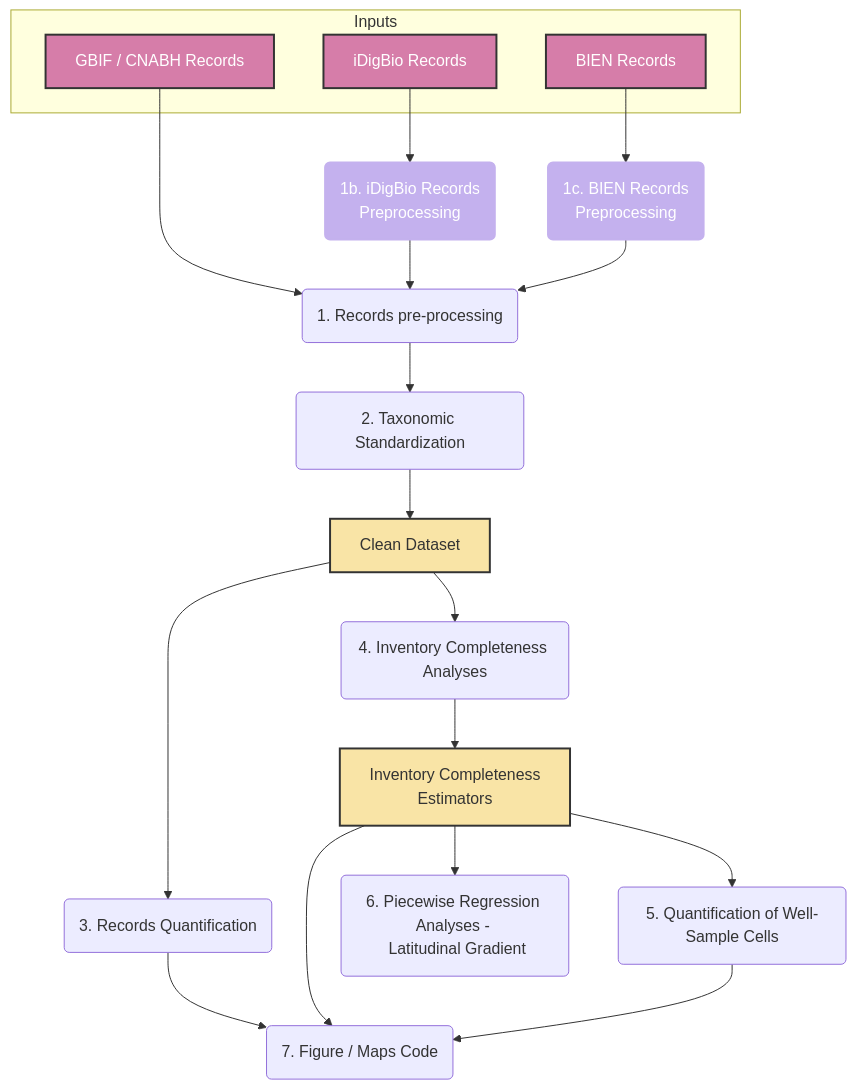
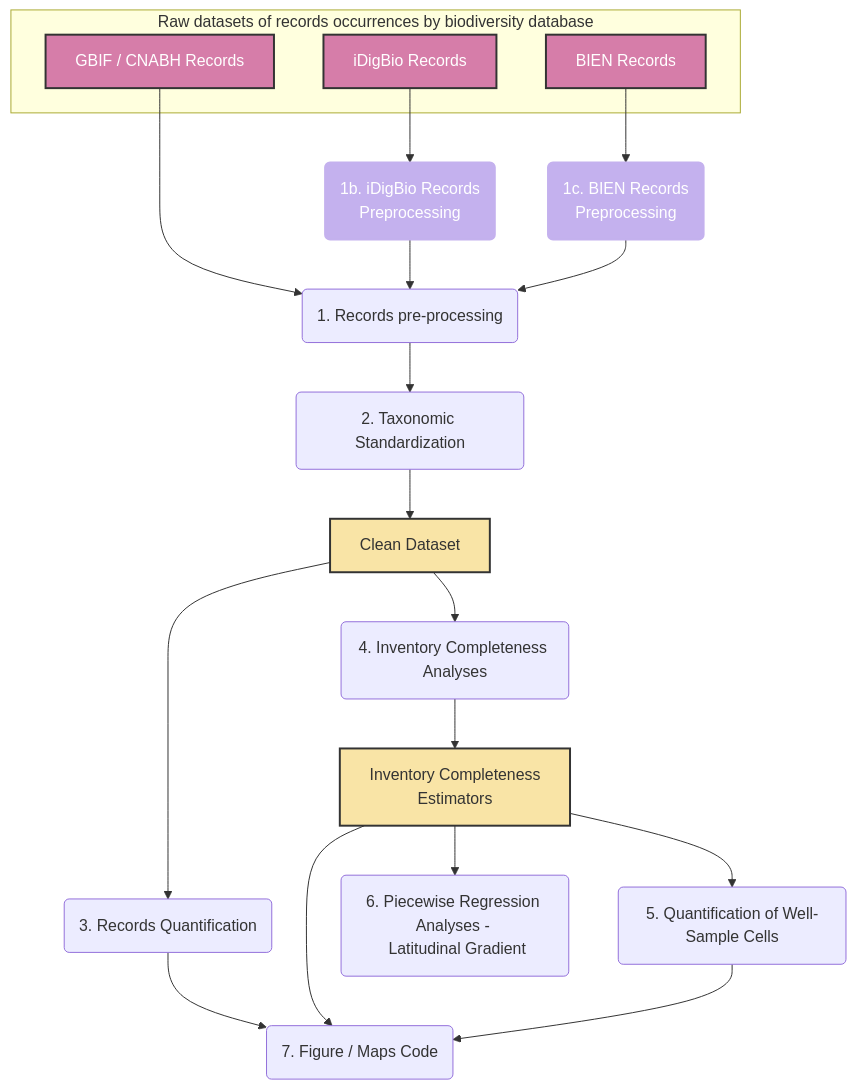
The diagram in README.md (cRonFer/bioDivRecordsAnalyses), drawn with Mermaid before and after one commit. The commit also changed other lines of this file, not shown here.

````diff
--- a/README.md
+++ b/README.md
@@ -4,30 +8,33 @@
 ```mermaid
 flowchart TD;
   A[GBIF / CNABH Records] --> B(1. Records pre-processing);
   C(1b. iDigBio Records \n Preprocessing)--> B;
   E[iDigBio Records] --> C;
   D(1c. BIEN Records \n Preprocessing)--> B;
   F[BIEN Records] --> D;
+  
   B --> G(2. Taxonomic Standardization);
   G --> H[Clean Dataset];
   H --> I(3. Records Quantification);
- 
   H --> K(4. Inventory Completeness Analyses);
   K --> L[Inventory Completeness \n Estimators];
   L --> M(5. Quantification of Well-Sample Cells);
-  L --> N(6. Piecewise Regression Analyses - \n Latitudinal Gradient);
+  
   I --> O(7. Figure / Maps Code);
   L --> O(7. Figure / Maps Code);
   M --> O(7. Figure / Maps Code);
+  
+  L --> N(6. Piecewise Regression Analyses - \n Latitudinal Gradient);
+  
   style A fill:#d67da9, stroke:#333,stroke-width:2px,color:#fff;
   style E fill:#d67da9, stroke:#333,stroke-width:2px,color:#fff;
   style F fill:#d67da9, stroke:#333,stroke-width:2px,color:#fff;
   style H fill:#f9e4a6, stroke:#333,stroke-width:2px,color:#333;
   style L fill:#f9e4a6, stroke:#333,stroke-width:2px,color:#333;
   style C fill:#c4b1ee, stroke:#c4b1ee,stroke-width:2px,color:#fff;
   style D fill:#c4b1ee, stroke:#c4b1ee,stroke-width:2px,color:#fff;
     
-  subgraph Inputs
+  subgraph Raw datasets of records occurrences by biodiversity database
   A & E & F
   end;
 ```
````
